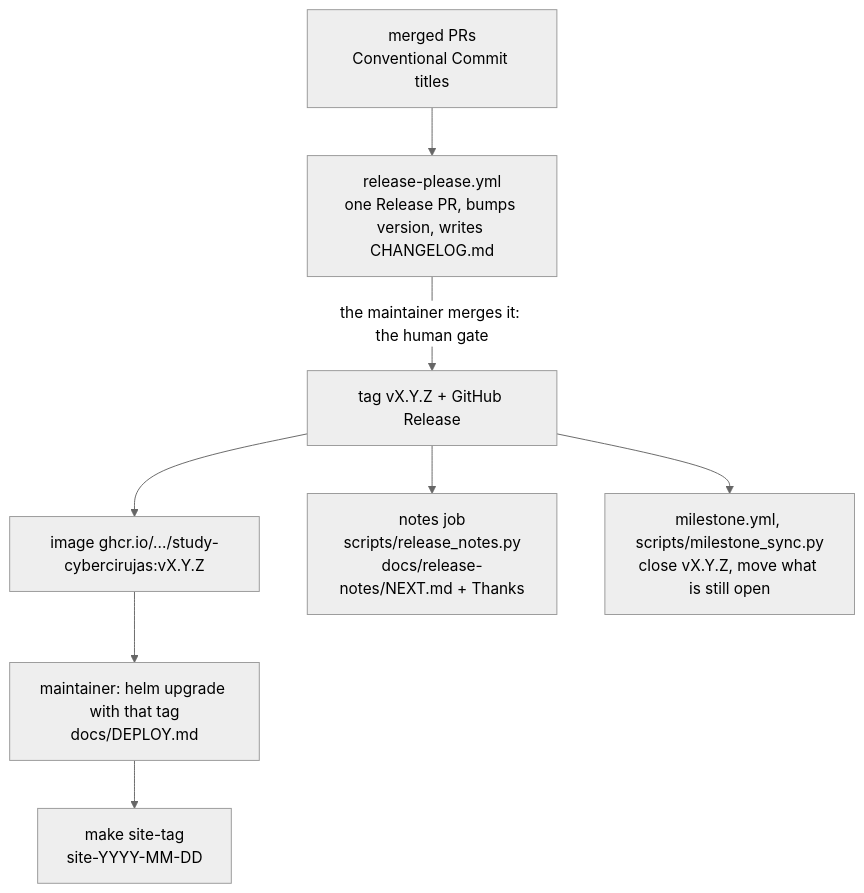
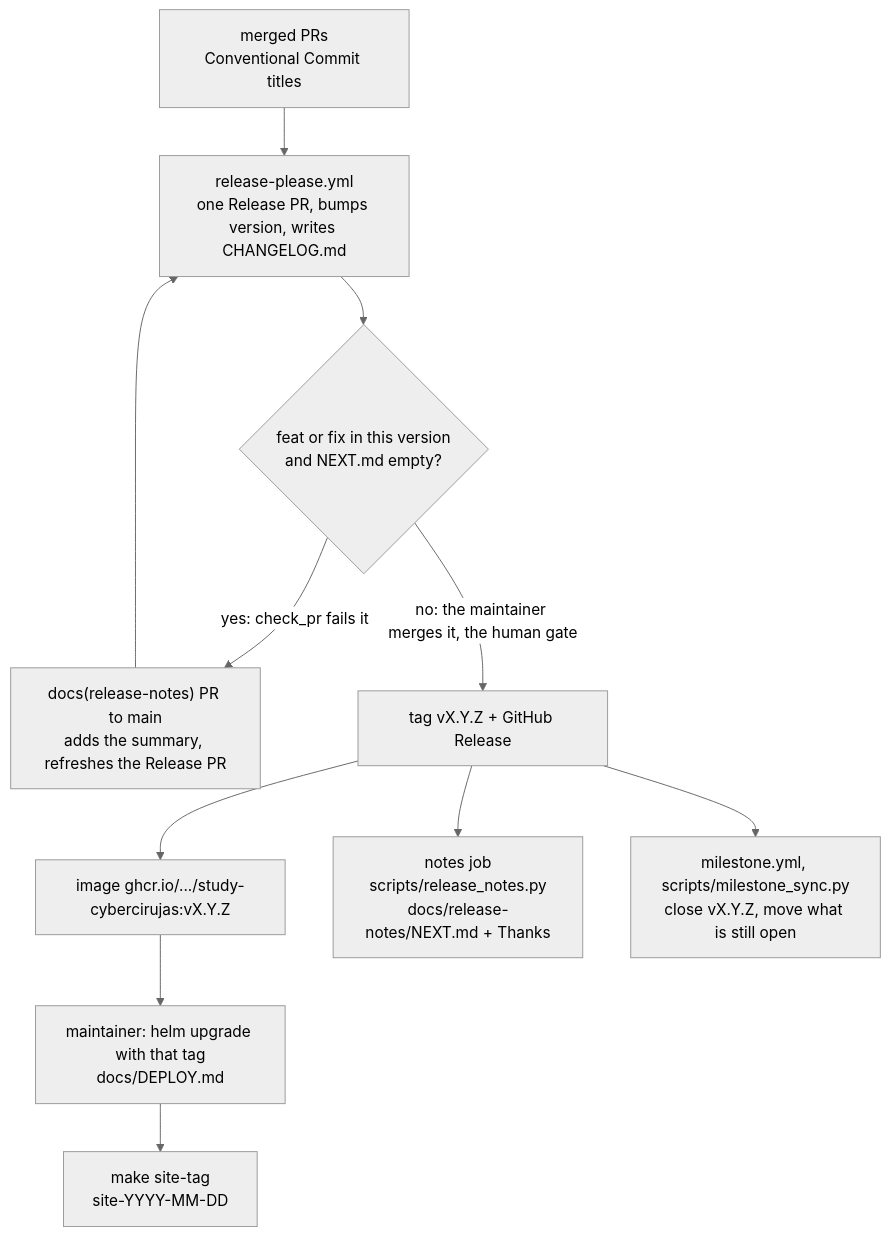
One commit to villadalmine/study-cybercirujas changed the tenth of 11 diagrams in docs/HOW-IT-WORKS.md. Above: the diagram before and after it, drawn with Mermaid (neutral theme). The commit also changed other lines of this file and 2 other files, not shown here.

First paragraph of the commit message:
docs: AGENTS.md and HOW-IT-WORKS show the release-notes gate (#245)
## What and why

````diff
--- a/docs/HOW-IT-WORKS.md
+++ b/docs/HOW-IT-WORKS.md
@@ -186,10 +186,13 @@
 ```mermaid
 flowchart TD
     M["merged PRs<br/>Conventional Commit titles"] --> RP["release-please.yml<br/>one Release PR, bumps version, writes CHANGELOG.md"]
-    RP -->|"the maintainer merges it: the human gate"| TAG["tag vX.Y.Z + GitHub Release"]
+    RP --> GATE{"feat or fix in this version<br/>and NEXT.md empty?"}
+    GATE -->|"yes: check_pr fails it"| SUM["docs(release-notes) PR to main<br/>adds the summary, refreshes the Release PR"]
+    SUM --> RP
+    GATE -->|"no: the maintainer merges it, the human gate"| TAG["tag vX.Y.Z + GitHub Release"]
     TAG --> IMG["image ghcr.io/.../study-cybercirujas:vX.Y.Z"]
     TAG --> NOTES["notes job<br/>scripts/release_notes.py<br/>docs/release-notes/NEXT.md + Thanks"]
     TAG --> MSC["milestone.yml, scripts/milestone_sync.py<br/>close vX.Y.Z, move what is still open"]
     IMG --> DEP["maintainer: helm upgrade with that tag<br/>docs/DEPLOY.md"]
     DEP --> ST["make site-tag<br/>site-YYYY-MM-DD"]
 ```
````
